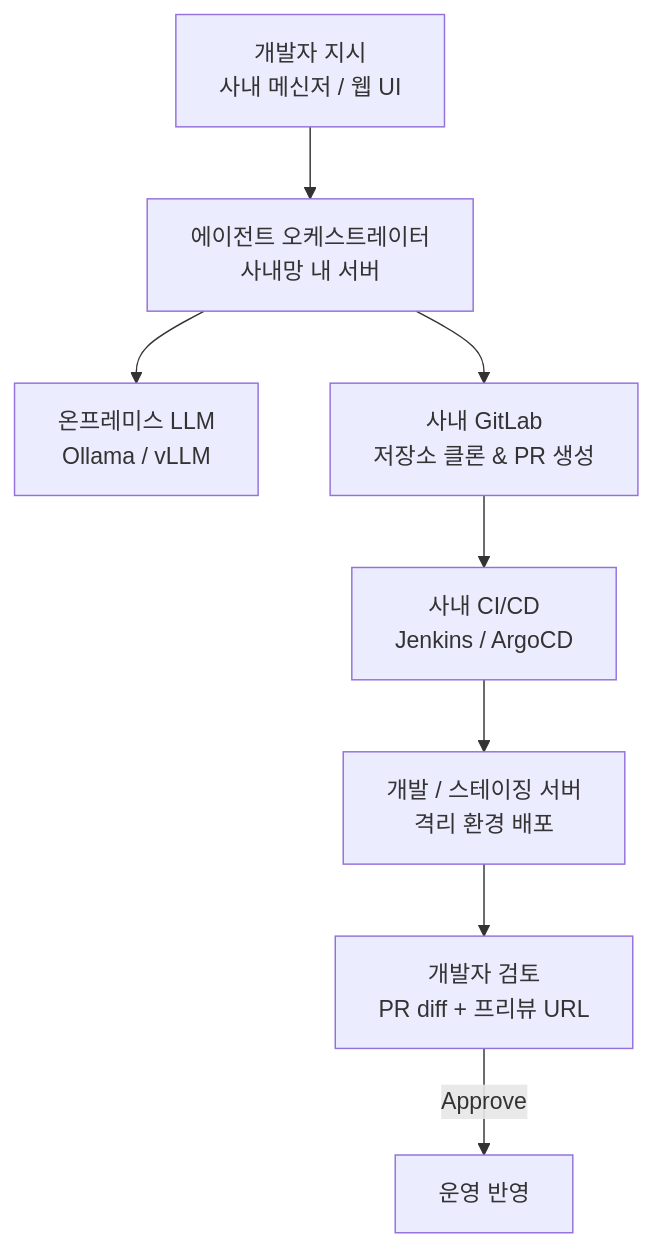
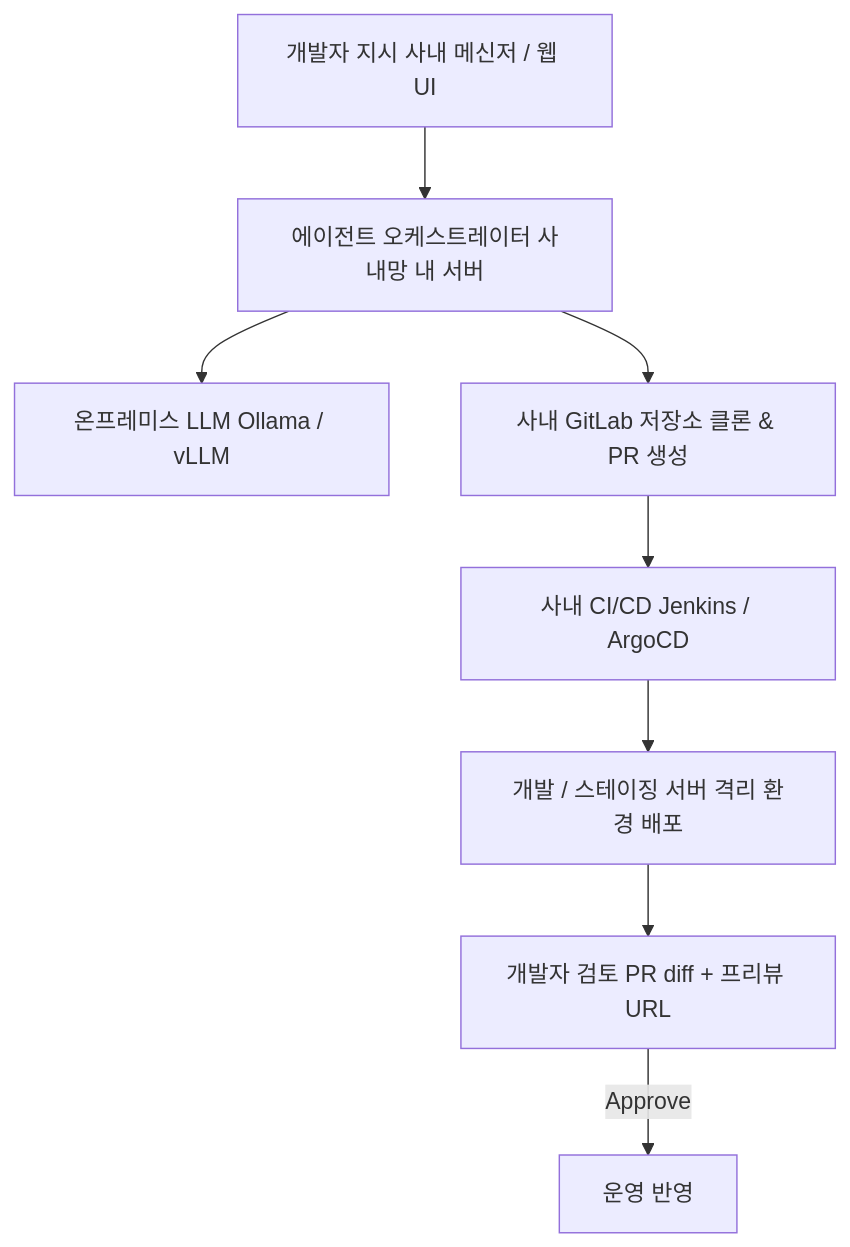
Before and after one commit to Mike-kor/my-agent-docs: the second of 3 diagrams in index.md, drawn with Mermaid. The commit also changed other lines of this file, not shown here.

Commit message:
docs: GitHub Pages용 mermaid pre 태그 변환 + CDN 스크립트 추가

````diff
--- a/index.md
+++ b/index.md
@@ -423,10 +423,10 @@
-```mermaid
+<pre class="mermaid">
 flowchart TD
-    A[개발자 지시\n사내 메신저 / 웹 UI] --> B[에이전트 오케스트레이터\n사내망 내 서버]
-    B --> C[온프레미스 LLM\nOllama / vLLM]
-    B --> D[사내 GitLab\n저장소 클론 & PR 생성]
-    D --> E[사내 CI/CD\nJenkins / ArgoCD]
-    E --> F[개발 / 스테이징 서버\n격리 환경 배포]
-    F --> G[개발자 검토\nPR diff + 프리뷰 URL]
+    A[개발자 지시 사내 메신저 / 웹 UI] --> B[에이전트 오케스트레이터 사내망 내 서버]
+    B --> C[온프레미스 LLM Ollama / vLLM]
+    B --> D[사내 GitLab 저장소 클론 & PR 생성]
+    D --> E[사내 CI/CD Jenkins / ArgoCD]
+    E --> F[개발 / 스테이징 서버 격리 환경 배포]
+    F --> G[개발자 검토 PR diff + 프리뷰 URL]
     G -->|Approve| H[운영 반영]
-```
+</pre>
````
